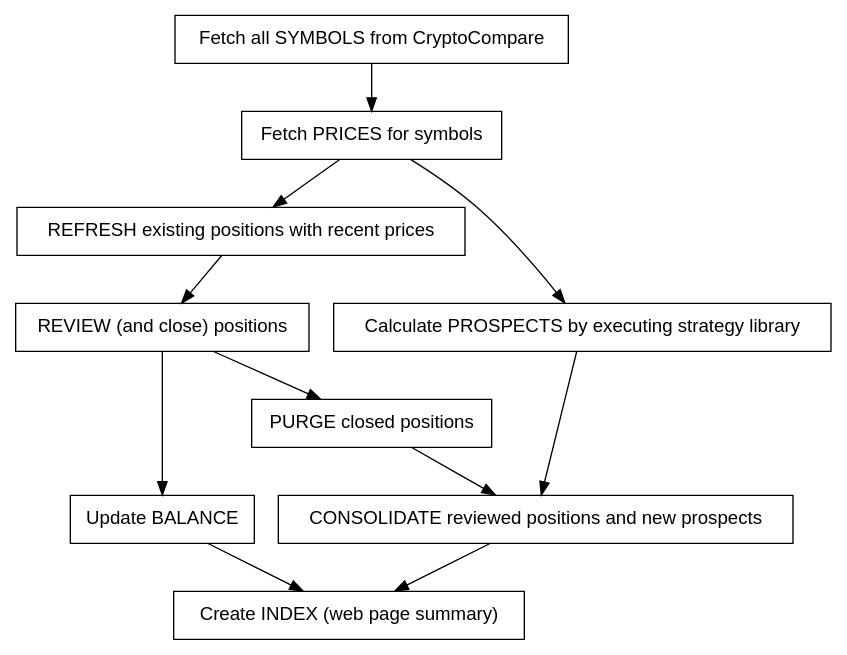
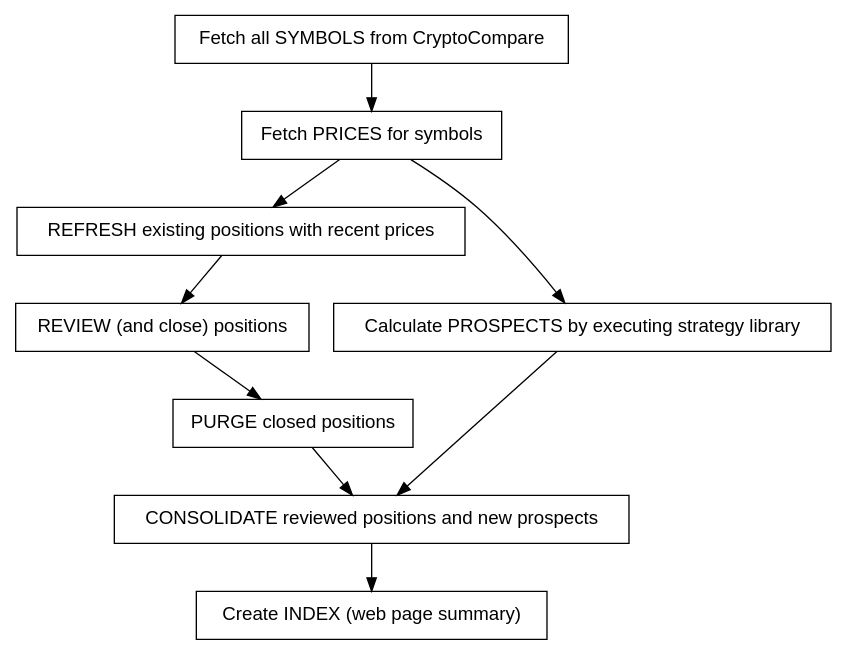
The diagram in doc/handt.dot (deanturpin/handt), drawn with Graphviz before and after one commit. The commit also changed 8 other files, not shown here.

Commit message:
Remove balance calculation and documentation - closes #136

```diff
--- a/doc/handt.dot
+++ b/doc/handt.dot
@@ -1,31 +1,25 @@
 digraph {
 
   node [fontname=Helvetica shape=box]
 
   review [label="REVIEW (and close) positions"]
   purge [label="PURGE closed positions"]
   consolidate [label="CONSOLIDATE reviewed positions and new prospects"]
-  balance [label="Update BALANCE"]
   index [label="Create INDEX (web page summary)"]
   refresh [label= "REFRESH existing positions with recent prices"]
 
   "Fetch all SYMBOLS from CryptoCompare"
     -> "Fetch PRICES for symbols"
     -> refresh
     -> review
 
   "Fetch PRICES for symbols"
     -> "Calculate PROSPECTS by executing strategy library"
     -> consolidate
 
   // Consolidate takes review and new
   review
     -> purge
     -> consolidate
     -> index
-
-  // Balance calculation
-  review
-    -> balance
-    -> index
 }
```
